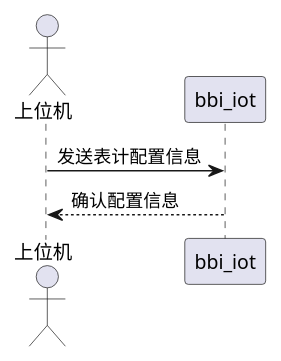
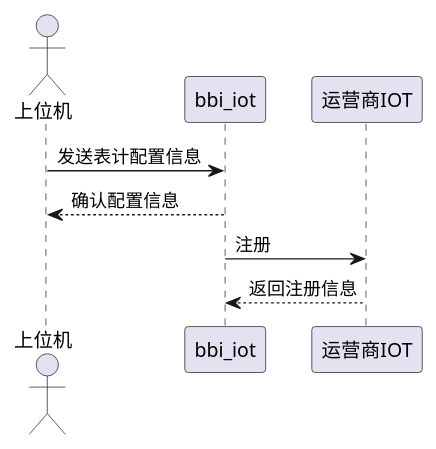
The diagram in uml/表计注册.wsd (59471032/bbiiot), drawn with PlantUML before and after one commit. The commit also changed 1 other file, not shown here.

```diff
--- a/uml/表计注册.wsd
+++ b/uml/表计注册.wsd
@@ -1,8 +1,10 @@
 @startuml
 
 actor 上位机
 
 上位机 -> bbi_iot: 发送表计配置信息
 bbi_iot --> 上位机: 确认配置信息
+bbi_iot->运营商IOT:注册
+bbi_iot<--运营商IOT:返回注册信息
 
 @enduml
```
